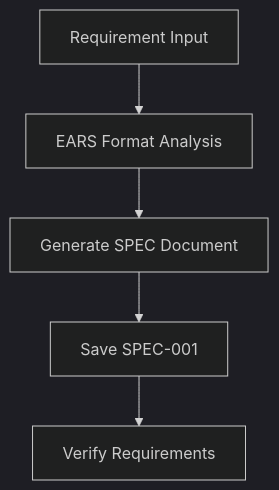
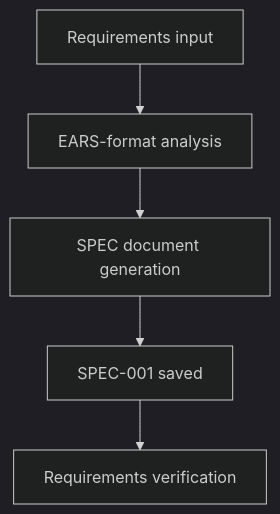
Before and after one commit to modu-ai/moai-adk: the second of 9 diagrams in docs-site/content/en/getting-started/quickstart.md, drawn with Mermaid (dark theme). The commit also changed other lines of this file and 395 other files, not shown here.

````diff
--- a/docs-site/content/en/getting-started/quickstart.md
+++ b/docs-site/content/en/getting-started/quickstart.md
@@ -97,7 +97,7 @@
 ```mermaid
 flowchart TB
-    A["Requirement Input"] --> B["EARS Format Analysis"]
-    B --> C["Generate SPEC Document"]
-    C --> D["Save SPEC-001"]
-    D --> E["Verify Requirements"]
+    A["Requirements input"] --> B["EARS-format analysis"]
+    B --> C["SPEC document generation"]
+    C --> D["SPEC-001 saved"]
+    D --> E["Requirements verification"]
 ```
````
